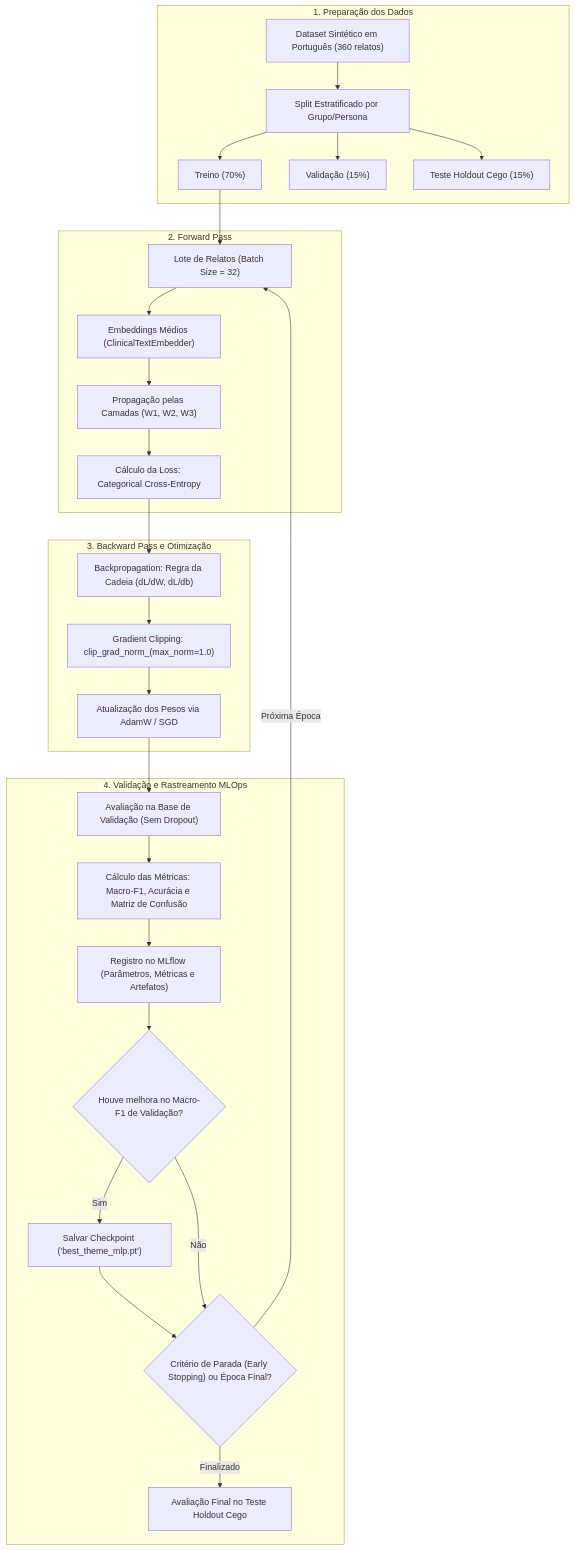
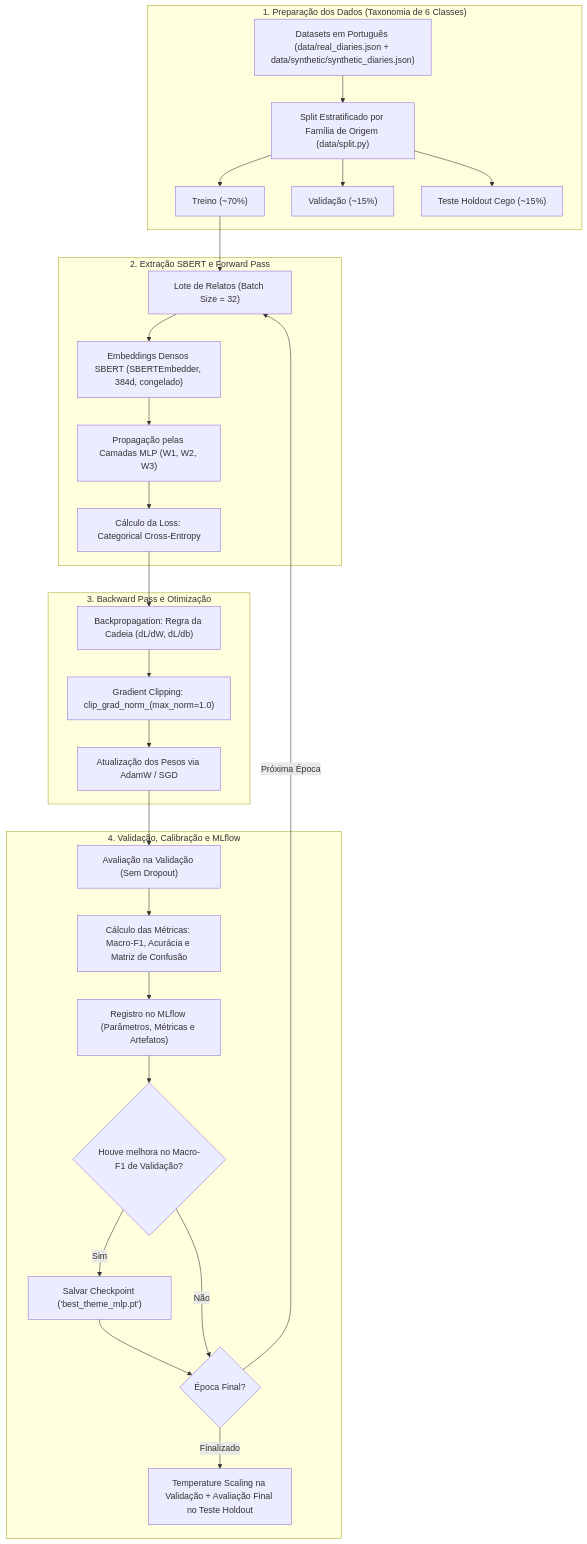
One commit to 007-Licensa-Para-Executar/challenge-2-base changed the second of 3 diagrams in docs/neural-network-flow.md. Above: the diagram before and after it, drawn with Mermaid. The commit also changed other lines of this file and 18 other files, not shown here.

Commit message:
Refactor neural network implementation to classify 6 clinical themes using SBERT embeddings; update documentation and roadmap accordingly.

````diff
--- a/docs/neural-network-flow.md
+++ b/docs/neural-network-flow.md
@@ -68,45 +67,45 @@
 ```mermaid
 flowchart TD
-    subgraph Dados["1. Preparação dos Dados"]
-        D1["Dataset Sintético em Português (360 relatos)"]
-        D2["Split Estratificado por Grupo/Persona"]
-        D3["Treino (70%)"]
-        D4["Validação (15%)"]
-        D5["Teste Holdout Cego (15%)"]
+    subgraph Dados["1. Preparação dos Dados (Taxonomia de 6 Classes)"]
+        D1["Datasets em Português (data/real_diaries.json + data/synthetic/synthetic_diaries.json)"]
+        D2["Split Estratificado por Família de Origem (data/split.py)"]
+        D3["Treino (~70%)"]
+        D4["Validação (~15%)"]
+        D5["Teste Holdout Cego (~15%)"]
         D1 --> D2
         D2 --> D3
         D2 --> D4
         D2 --> D5
     end
 
-    subgraph ForwardPass["2. Forward Pass"]
+    subgraph ForwardPass["2. Extração SBERT e Forward Pass"]
         FP1["Lote de Relatos (Batch Size = 32)"]
-        FP2["Embeddings Médios (ClinicalTextEmbedder)"]
-        FP3["Propagação pelas Camadas (W1, W2, W3)"]
+        FP2["Embeddings Densos SBERT (SBERTEmbedder, 384d, congelado)"]
+        FP3["Propagação pelas Camadas MLP (W1, W2, W3)"]
         FP4["Cálculo da Loss: Categorical Cross-Entropy"]
         D3 --> FP1 --> FP2 --> FP3 --> FP4
     end
 
     subgraph BackwardPass["3. Backward Pass e Otimização"]
         BP1["Backpropagation: Regra da Cadeia (dL/dW, dL/db)"]
         BP2["Gradient Clipping: clip_grad_norm_(max_norm=1.0)"]
         BP3["Atualização dos Pesos via AdamW / SGD"]
         FP4 --> BP1 --> BP2 --> BP3
     end
 
-    subgraph ValidacaoMLOps["4. Validação e Rastreamento MLOps"]
-        V1["Avaliação na Base de Validação (Sem Dropout)"]
+    subgraph ValidacaoMLOps["4. Validação, Calibração e MLflow"]
+        V1["Avaliação na Validação (Sem Dropout)"]
         V2["Cálculo das Métricas: Macro-F1, Acurácia e Matriz de Confusão"]
         V3["Registro no MLflow (Parâmetros, Métricas e Artefatos)"]
         V4{"Houve melhora no Macro-F1 de Validação?"}
         V5["Salvar Checkpoint ('best_theme_mlp.pt')"]
-        V6{"Critério de Parada (Early Stopping) ou Época Final?"}
-        V7["Avaliação Final no Teste Holdout Cego"]
-        
+        V6{"Época Final?"}
+        V7["Temperature Scaling na Validação + Avaliação Final no Teste Holdout"]
+
         BP3 --> V1 --> V2 --> V3 --> V4
         V4 -- Sim --> V5 --> V6
         V4 -- Não --> V6
         V6 -- Próxima Época --> FP1
         V6 -- Finalizado --> V7
     end
 ```
````
